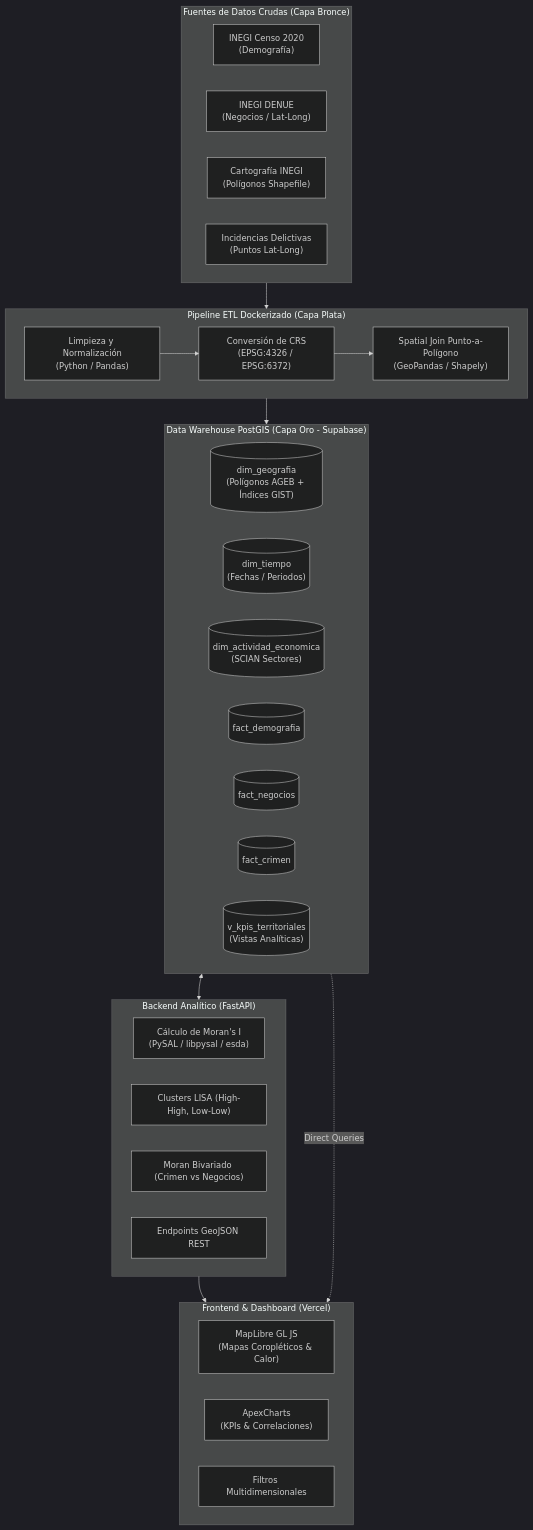
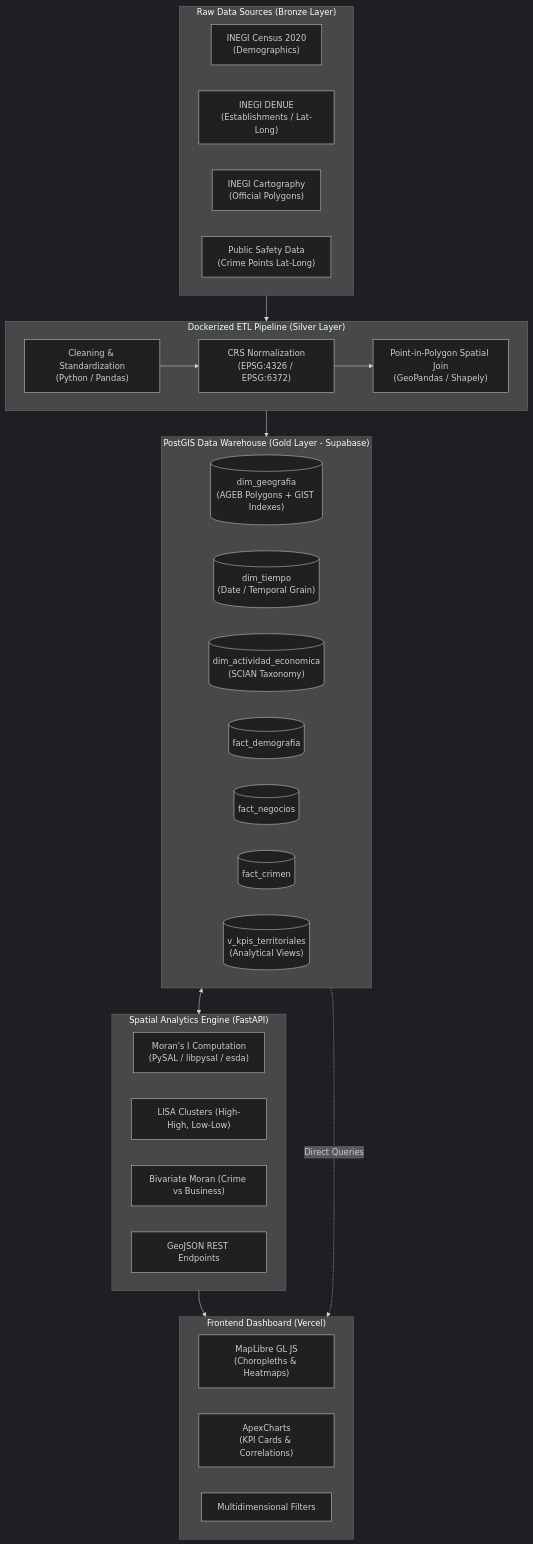
One commit to RusselKu/Merida-Urben-Intelligence-By-Sunchos-Team changed the first of 2 diagrams in README.md. Above: the diagram before and after it, drawn with Mermaid (dark theme). The commit also changed other lines of this file and 17 other files, not shown here.

````diff
--- a/README.md
+++ b/README.md
@@ -27,45 +27,45 @@
 ```mermaid
 flowchart TD
-    subgraph Sources["Fuentes de Datos Crudas (Capa Bronce)"]
-        S1["INEGI Censo 2020<br/>(Demografía)"]
-        S2["INEGI DENUE<br/>(Negocios / Lat-Long)"]
-        S3["Cartografía INEGI<br/>(Polígonos Shapefile)"]
-        S4["Incidencias Delictivas<br/>(Puntos Lat-Long)"]
+    subgraph Sources["Raw Data Sources (Bronze Layer)"]
+        S1["INEGI Census 2020<br/>(Demographics)"]
+        S2["INEGI DENUE<br/>(Establishments / Lat-Long)"]
+        S3["INEGI Cartography<br/>(Official Polygons)"]
+        S4["Public Safety Data<br/>(Crime Points Lat-Long)"]
     end
 
-    subgraph ETL["Pipeline ETL Dockerizado (Capa Plata)"]
-        E1["Limpieza y Normalización<br/>(Python / Pandas)"]
-        E2["Conversión de CRS<br/>(EPSG:4326 / EPSG:6372)"]
-        E3["Spatial Join Punto-a-Polígono<br/>(GeoPandas / Shapely)"]
+    subgraph ETL["Dockerized ETL Pipeline (Silver Layer)"]
+        E1["Cleaning & Standardization<br/>(Python / Pandas)"]
+        E2["CRS Normalization<br/>(EPSG:4326 / EPSG:6372)"]
+        E3["Point-in-Polygon Spatial Join<br/>(GeoPandas / Shapely)"]
         E1 --> E2 --> E3
     end
 
-    subgraph DW["Data Warehouse PostGIS (Capa Oro - Supabase)"]
-        D1[("dim_geografia<br/>(Polígonos AGEB + Índices GIST)")]
-        D2[("dim_tiempo<br/>(Fechas / Periodos)")]
-        D3[("dim_actividad_economica<br/>(SCIAN Sectores)")]
+    subgraph DW["PostGIS Data Warehouse (Gold Layer - Supabase)"]
+        D1[("dim_geografia<br/>(AGEB Polygons + GIST Indexes)")]
+        D2[("dim_tiempo<br/>(Date / Temporal Grain)")]
+        D3[("dim_actividad_economica<br/>(SCIAN Taxonomy)")]
         F1[("fact_demografia")]
         F2[("fact_negocios")]
         F3[("fact_crimen")]
-        V1[("v_kpis_territoriales<br/>(Vistas Analíticas)")]
+        V1[("v_kpis_territoriales<br/>(Analytical Views)")]
     end
 
-    subgraph API["Backend Analítico (FastAPI)"]
-        A1["Cálculo de Moran's I<br/>(PySAL / libpysal / esda)"]
-        A2["Clusters LISA (High-High, Low-Low)"]
-        A3["Moran Bivariado (Crimen vs Negocios)"]
-        A4["Endpoints GeoJSON REST"]
+    subgraph API["Spatial Analytics Engine (FastAPI)"]
+        A1["Moran's I Computation<br/>(PySAL / libpysal / esda)"]
+        A2["LISA Clusters (High-High, Low-Low)"]
+        A3["Bivariate Moran (Crime vs Business)"]
+        A4["GeoJSON REST Endpoints"]
     end
 
-    subgraph UI["Frontend & Dashboard (Vercel)"]
-        U1["MapLibre GL JS<br/>(Mapas Coropléticos & Calor)"]
-        U2["ApexCharts<br/>(KPIs & Correlaciones)"]
-        U3["Filtros Multidimensionales"]
+    subgraph UI["Frontend Dashboard (Vercel)"]
+        U1["MapLibre GL JS<br/>(Choropleths & Heatmaps)"]
+        U2["ApexCharts<br/>(KPI Cards & Correlations)"]
+        U3["Multidimensional Filters"]
     end
 
     Sources --> ETL
     ETL --> DW
     DW <--> API
     API --> UI
     DW -. Direct Queries .-> UI
 ```
````
